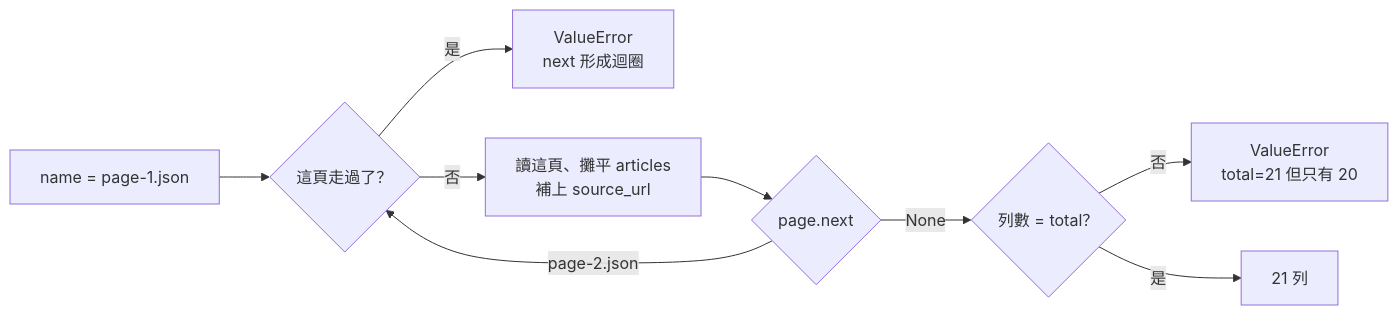
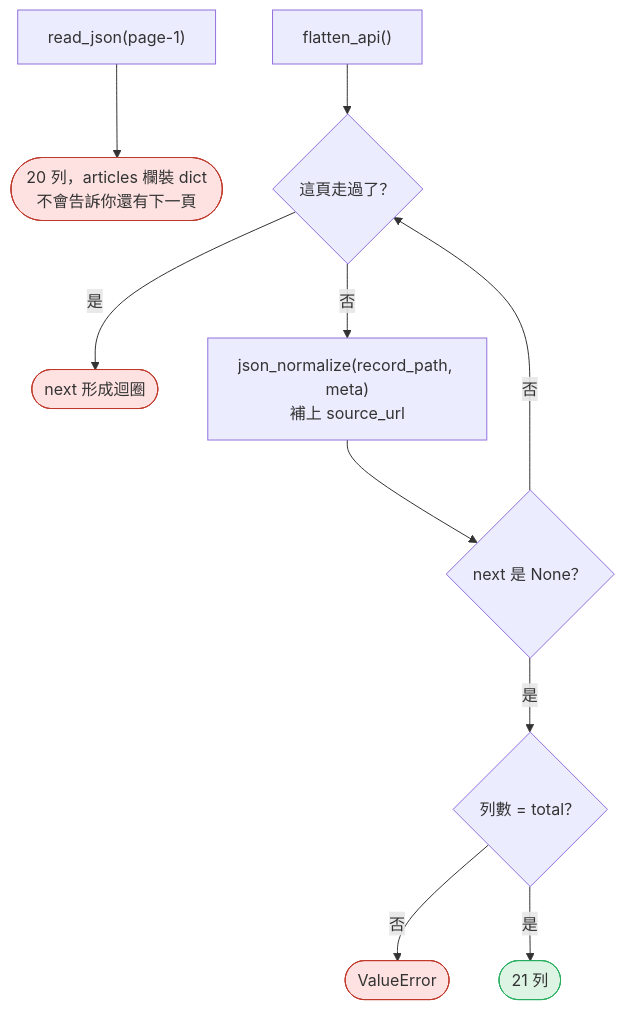
One commit to 4-learn/data-analysis-and-process-demo changed the ninth of 11 diagrams in 2026/03-read-jsonl.md. Above: the diagram before and after it, drawn with Mermaid. The commit also changed other lines of this file and 39 other files, not shown here.

Commit message:
[pm] docs: 18 節改為「每段一張圖」：程式切成小段，每段附位置圖與步驟圖

````diff
--- a/2026/03-read-jsonl.md
+++ b/2026/03-read-jsonl.md
@@ -176,11 +262,16 @@
 ```mermaid
-flowchart LR
-    S["name = page-1.json"] --> V{"這頁走過了？"}
-    V -- "是" --> X1["ValueError<br/>next 形成迴圈"]
-    V -- "否" --> N["讀這頁、攤平 articles<br/>補上 source_url"]
-    N --> Q{"page.next"}
-    Q -- "page-2.json" --> V
-    Q -- "None" --> C{"列數 = total？"}
-    C -- "否" --> X2["ValueError<br/>total=21 但只有 20"]
-    C -- "是" --> OK["21 列"]
+flowchart TD
+    A["read_json(page-1)"] --> A1(["20 列，articles 欄裝 dict<br/>不會告訴你還有下一頁"])
+    B["flatten_api()"] --> C{"這頁走過了？"}
+    C -- 是 --> X(["next 形成迴圈"])
+    C -- 否 --> D["json_normalize(record_path, meta)<br/>補上 source_url"]
+    D --> E{"next 是 None？"}
+    E -- 否 --> C
+    E -- 是 --> G{"列數 = total？"}
+    G -- 否 --> X2(["ValueError"])
+    G -- 是 --> H(["21 列"])
+    classDef bad fill:#fde2e1,stroke:#c0392b
+    classDef good fill:#ddf3e4,stroke:#27ae60
+    class A1,X,X2 bad
+    class H good
 ```
````
